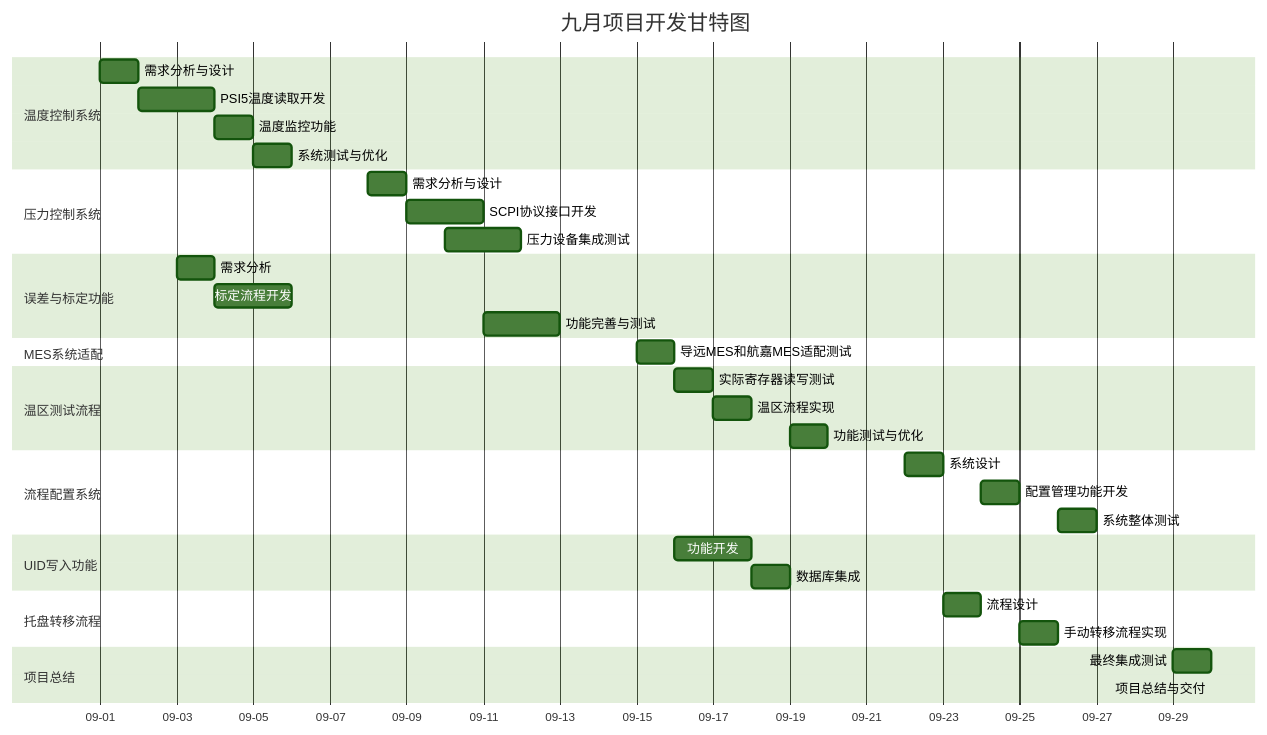
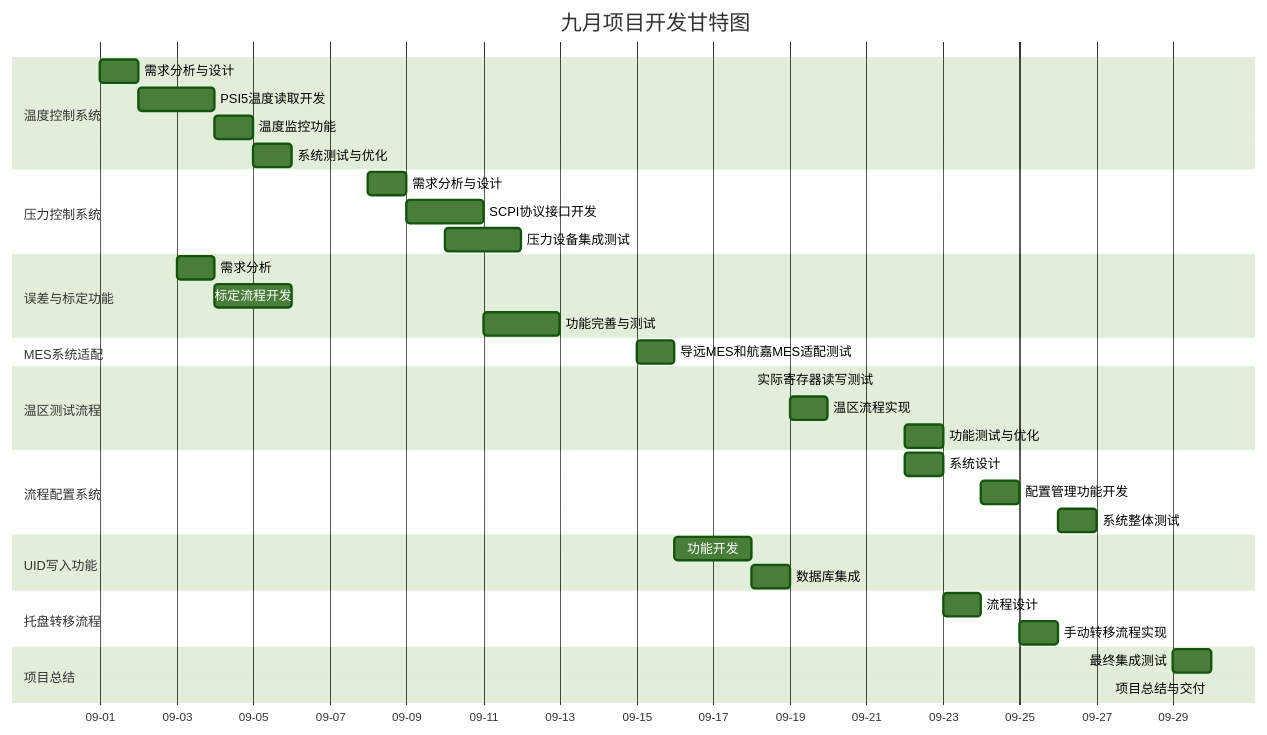
One commit to onecoin9/Constantine-projects changed the diagram in docs/development/progress/septemberMind.md. Above: the diagram before and after it, drawn with Mermaid (forest theme). The commit also changed other lines of this file, not shown here.

````diff
--- a/docs/development/progress/septemberMind.md
+++ b/docs/development/progress/septemberMind.md
@@ -194,47 +203,47 @@
 ```mermaid
 gantt
     title 九月项目开发甘特图
     dateFormat  MM-DD
     axisFormat  %m-%d
   
     section 温度控制系统
     需求分析与设计        :temp1, 09-01, 09-02
     PSI5温度读取开发      :temp2, 09-02, 09-04
     温度监控功能          :temp3, 09-04, 09-05
     系统测试与优化        :temp4, 09-05, 09-06
   
     section 压力控制系统
     需求分析与设计        :press1, 09-08, 09-09
     SCPI协议接口开发      :press2, 09-09, 09-11
     压力设备集成测试      :press3, 09-10, 09-12
   
     section 误差与标定功能
     需求分析             :cali1, 09-03, 09-04
     标定流程开发         :cali2, 09-04, 09-06
     功能完善与测试       :cali3, 09-11, 09-13
   
     section MES系统适配
     导远MES和航嘉MES适配测试    :mes1, 09-15, 09-16
   
-    section 温区测试流程
-    实际寄存器读写测试    :zone1, 09-16, 09-17
-    温区流程实现         :zone2, 09-17, 09-18
-    功能测试与优化       :zone3, 09-19, 09-20
+   section 温区测试流程
+   实际寄存器读写测试    :zone1, 09-18, 09-18
+   温区流程实现         :zone2, 09-19, 09-20
+   功能测试与优化       :zone3, 09-22, 09-23
   
     section 流程配置系统
     系统设计             :config1, 09-22, 09-23
     配置管理功能开发     :config2, 09-24, 09-25
     系统整体测试         :config3, 09-26, 09-27
   
     section UID写入功能
     功能开发             :uid1, 09-16, 09-18
     数据库集成           :uid2, 09-18, 09-19
   
     section 托盘转移流程
     流程设计             :tray1, 09-23, 09-24
     手动转移流程实现     :tray2, 09-25, 09-26
   
     section 项目总结
     最终集成测试         :final1, 09-29, 09-30
     项目总结与交付       :final2, 09-30, 09-30
 ```
````
